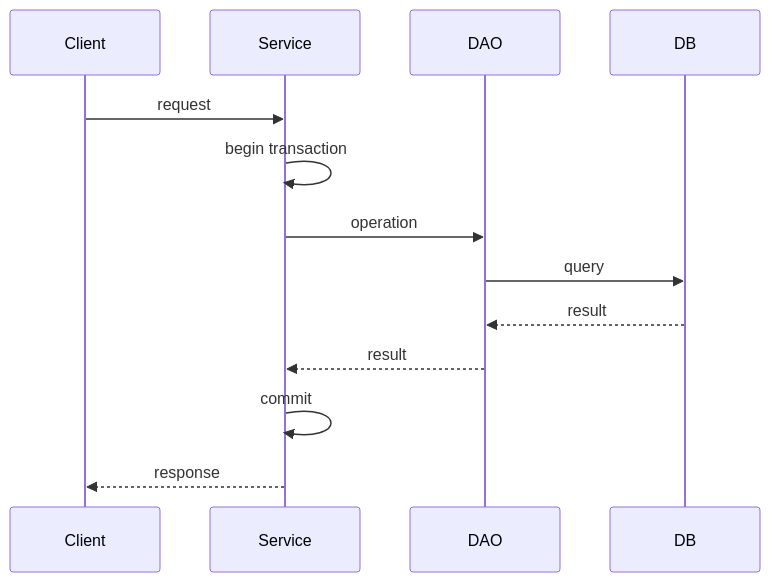
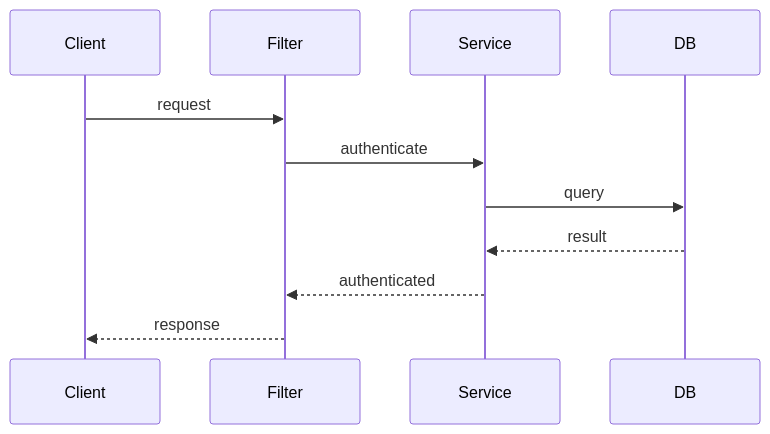
Before and after one commit to KenyaSaitoh/ai_driven_dev_202601: the third of 3 diagrams in agent_skills/jakarta-ee-api-base/templates/architecture_design.md, drawn with Mermaid. The commit also changed other lines of this file and 52 other files, not shown here.

````diff
--- a/agent_skills/jakarta-ee-api-base/templates/architecture_design.md
+++ b/agent_skills/jakarta-ee-api-base/templates/architecture_design.md
@@ -260,16 +191,14 @@
 ```mermaid
 sequenceDiagram
     participant Client
+    participant Filter
     participant Service
-    participant DAO
     participant DB
     
-    Client->>Service: request
-    Service->>Service: begin transaction
-    Service->>DAO: operation
-    DAO->>DB: query
-    DB-->>DAO: result
-    DAO-->>Service: result
-    Service->>Service: commit
-    Service-->>Client: response
+    Client->>Filter: request
+    Filter->>Service: authenticate
+    Service->>DB: query
+    DB-->>Service: result
+    Service-->>Filter: authenticated
+    Filter-->>Client: response
 ```
````
